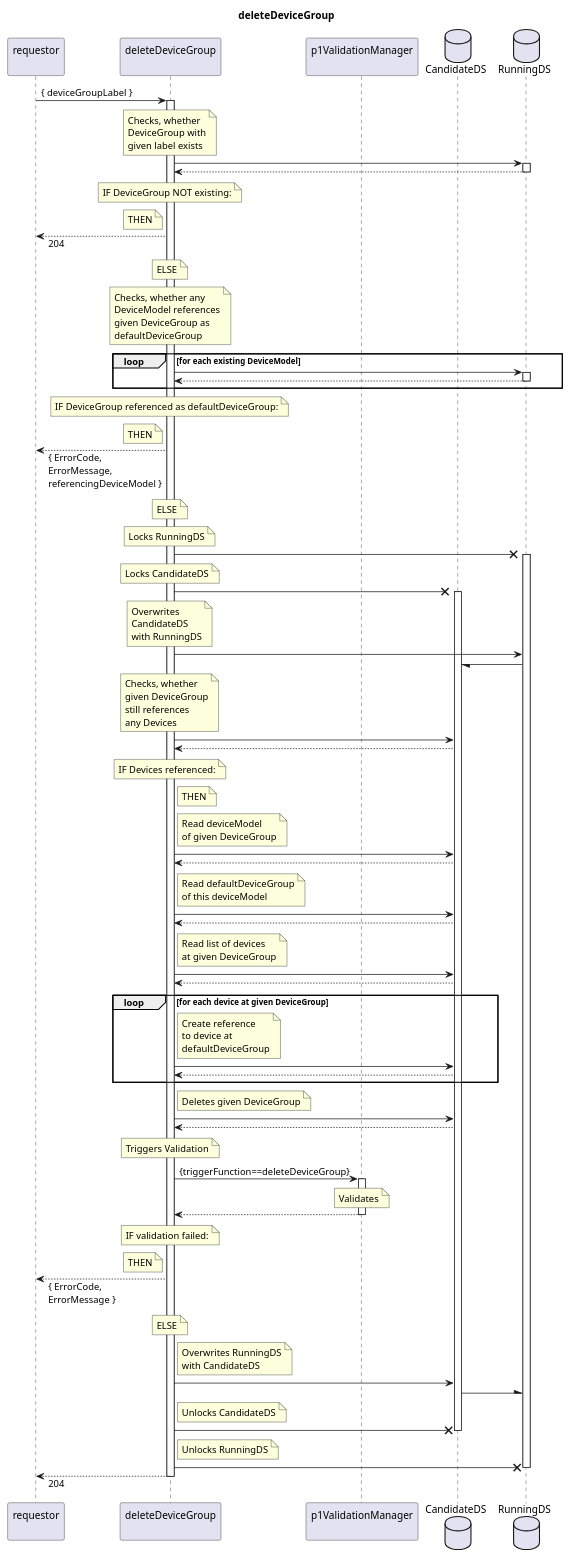
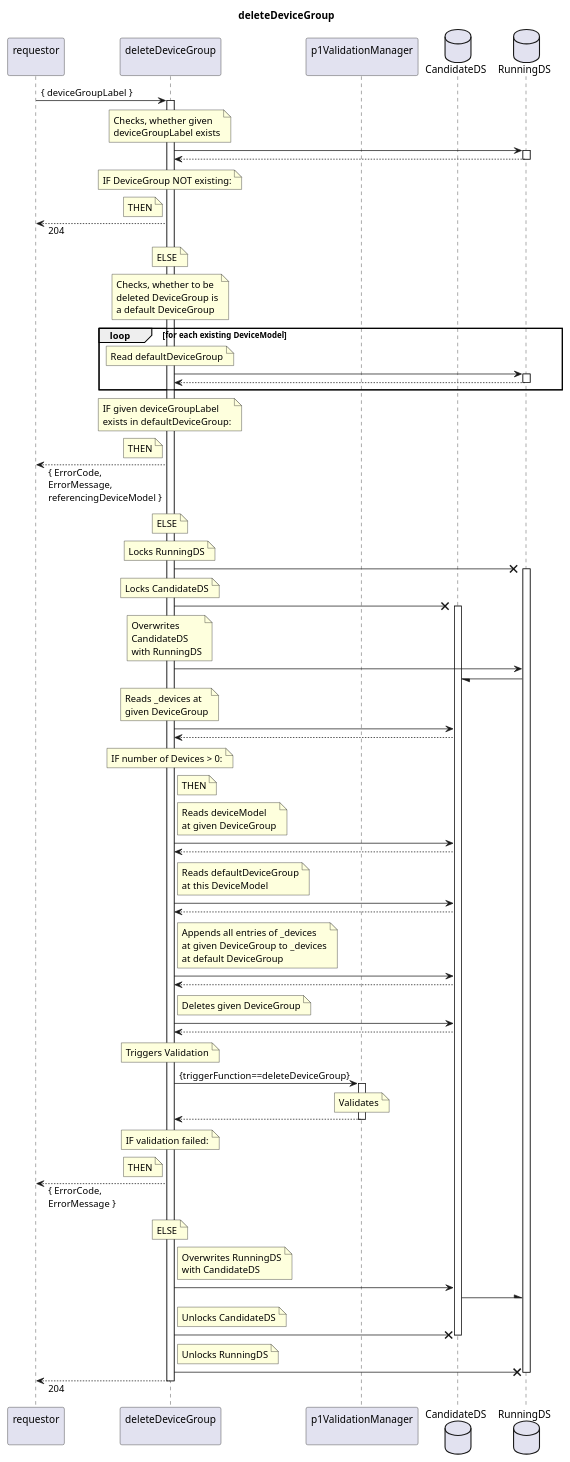
Before and after one commit to openBackhaul/FirmWareManager: the diagram in spec/Services/deleteDeviceGroup/1.0.0/deleteDeviceGroup.plantuml, drawn with PlantUML. The commit also changed 15 other files, not shown here.

```diff
--- a/spec/Services/deleteDeviceGroup/1.0.0/deleteDeviceGroup.plantuml
+++ b/spec/Services/deleteDeviceGroup/1.0.0/deleteDeviceGroup.plantuml
@@ -1,168 +1,160 @@
 @startuml deleteDeviceGroup
 skinparam responseMessageBelowArrow true
 
 title
   deleteDeviceGroup
 end title
 
 participant "requestor\n" as requestor
 participant "deleteDeviceGroup\n" as delGroup
 participant "p1ValidationManager\n" as valiMan
 database "CandidateDS" as CanDS
 database "RunningDS" as RunDS
 
 requestor -> delGroup: { deviceGroupLabel }
 activate delGroup
 
   note over delGroup
-    Checks, whether
-    DeviceGroup with
-    given label exists
+    Checks, whether given
+    deviceGroupLabel exists
   end note
   delGroup -> RunDS
   activate RunDS
   delGroup <-- RunDS
   deactivate RunDS
   note over delGroup
     IF DeviceGroup NOT existing:
   end note
   note left delGroup
     THEN
   end note
   requestor <-- delGroup: 204
   note over delGroup
     ELSE
   end note
 
   note over delGroup
-    Checks, whether any
-    DeviceModel references
-    given DeviceGroup as
-    defaultDeviceGroup
+    Checks, whether to be
+    deleted DeviceGroup is
+    a default DeviceGroup
   end note
   loop for each existing DeviceModel
+    note over delGroup
+      Read defaultDeviceGroup
+    end note  
     delGroup -> RunDS
     activate RunDS
     delGroup <-- RunDS
     deactivate RunDS
   end loop
   note over delGroup
-    IF DeviceGroup referenced as defaultDeviceGroup:
+    IF given deviceGroupLabel
+    exists in defaultDeviceGroup:
   end note
   note left delGroup
     THEN
   end note
   requestor <-- delGroup: { ErrorCode,\nErrorMessage,\nreferencingDeviceModel }
   note over delGroup
     ELSE
   end note
 
   note over delGroup
     Locks RunningDS
   end note
   delGroup -X RunDS
   activate RunDS
   note over delGroup
     Locks CandidateDS
   end note
   delGroup -X CanDS
   activate CanDS
   note over delGroup
     Overwrites
     CandidateDS
     with RunningDS
   end note
   delGroup -> RunDS
   RunDS -/ CanDS
 
   note over delGroup
-    Checks, whether
+    Reads _devices at
     given DeviceGroup
-    still references
-    any Devices
   end note
   delGroup -> CanDS
   delGroup <-- CanDS
   note over delGroup
-    IF Devices referenced:
+    IF number of Devices > 0:
   end note
   note right delGroup
     THEN
   end note
   note right delGroup
-    Read deviceModel
-    of given DeviceGroup
+    Reads deviceModel
+    at given DeviceGroup
   end note
   delGroup -> CanDS
   delGroup <-- CanDS
   note right delGroup
-    Read defaultDeviceGroup
-    of this deviceModel
+    Reads defaultDeviceGroup
+    at this DeviceModel
   end note
   delGroup -> CanDS
   delGroup <-- CanDS
   note right delGroup
-    Read list of devices
-    at given DeviceGroup
+    Appends all entries of _devices
+    at given DeviceGroup to _devices
+    at default DeviceGroup
   end note
   delGroup -> CanDS
   delGroup <-- CanDS
-  loop for each device at given DeviceGroup
-    note right delGroup
-      Create reference
-      to device at
-      defaultDeviceGroup
-    end note
-    delGroup -> CanDS
-    delGroup <-- CanDS
-  end loop
 
   note right delGroup
     Deletes given DeviceGroup
   end note
   delGroup -> CanDS
   delGroup <-- CanDS
 
   note over delGroup
     Triggers Validation
   end note
   delGroup -> valiMan: {triggerFunction==deleteDeviceGroup}
   activate valiMan
     note over valiMan
       Validates
     end note
   delGroup <-- valiMan
   deactivate valiMan
   note over delGroup
     IF validation failed:
   end note
   note left delGroup
     THEN
   end note
   requestor <-- delGroup: { ErrorCode,\nErrorMessage }
   note over delGroup
     ELSE
   end note
 
   note right delGroup
     Overwrites RunningDS
     with CandidateDS
   end note
   delGroup -> CanDS
   CanDS -\ RunDS
   note right delGroup
     Unlocks CandidateDS
   end note
   delGroup -X CanDS
   deactivate CanDS
   note right delGroup
     Unlocks RunningDS
   end note
   delGroup -X RunDS
   deactivate RunDS
 
   requestor <-- delGroup: 204
 
 deactivate delGroup
 
 @enduml
```
